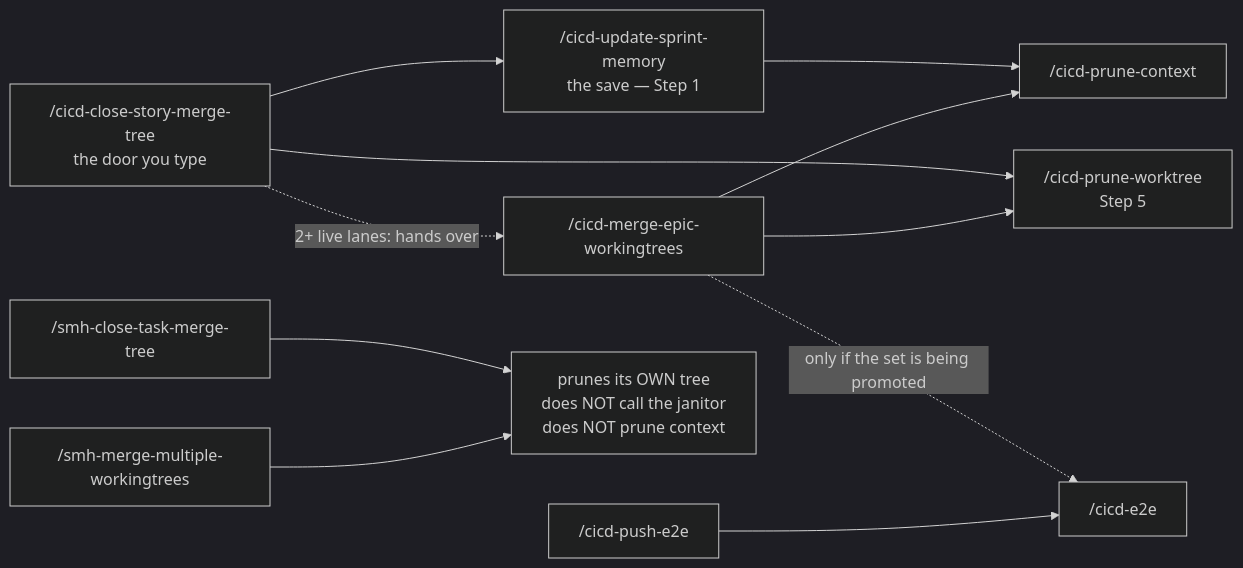
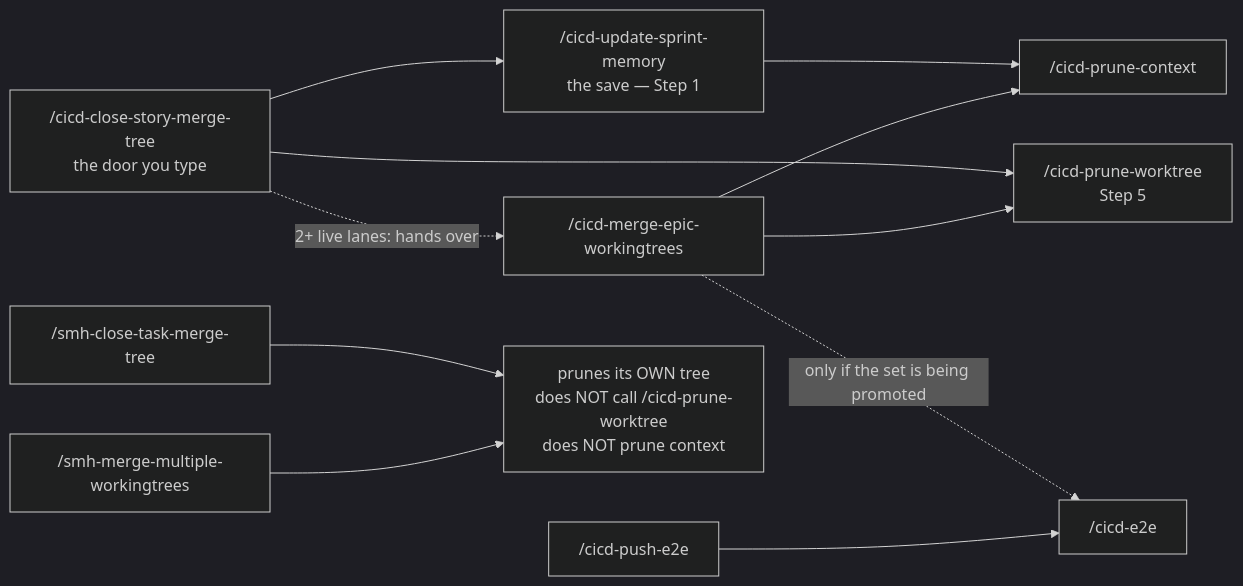
Before and after one commit to sudomadhatter/Sudo_Hatter_Command: the fifth of 45 diagrams in docs/_scc_sops_prds/workflows_testing_SOP.md, drawn with Mermaid (dark theme). The commit also changed other lines of this file and 1 other file, not shown here.

First line of the commit message:
SCC-210 docs(sop): retire the word janitor with the name - the utility is named for its job

````diff
--- a/docs/_scc_sops_prds/workflows_testing_SOP.md
+++ b/docs/_scc_sops_prds/workflows_testing_SOP.md
@@ -636,13 +636,13 @@
 ```mermaid
 flowchart LR
     CS["/cicd-close-story-merge-tree\nthe door you type"] --> UM["/cicd-update-sprint-memory\nthe save — Step 1"]
     UM --> PC["/cicd-prune-context"]
     CS --> CW["/cicd-prune-worktree\nStep 5"]
     ME["/cicd-merge-epic-workingtrees"] --> PC
     ME --> CW
     ME -.->|"only if the set is being promoted"| E2E["/cicd-e2e"]
     PE["/cicd-push-e2e"] --> E2E
-    TM["/smh-close-task-merge-tree"] --> OWN["prunes its OWN tree\ndoes NOT call the janitor\ndoes NOT prune context"]
+    TM["/smh-close-task-merge-tree"] --> OWN["prunes its OWN tree\ndoes NOT call /cicd-prune-worktree\ndoes NOT prune context"]
     MM["/smh-merge-multiple-workingtrees"] --> OWN
     CS -.->|"2+ live lanes: hands over"| ME
 ```
````
